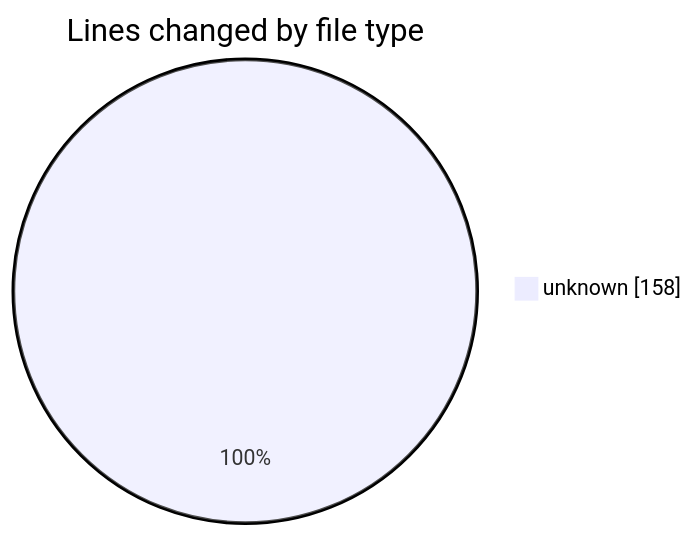
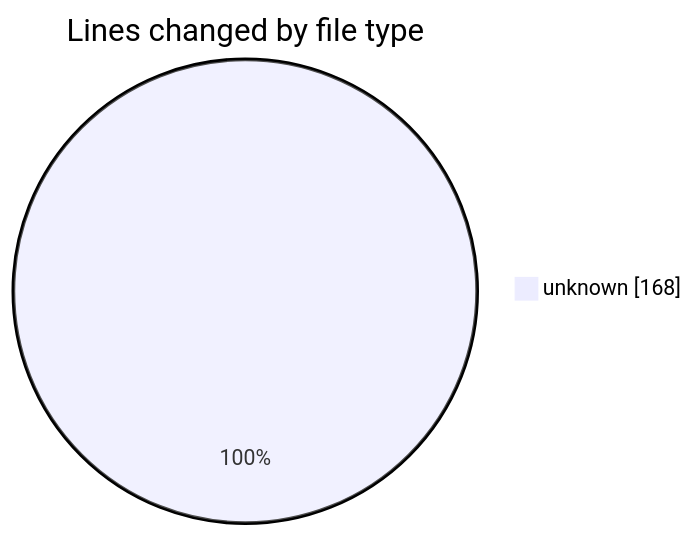
One commit to charlie-sans/code-tracking changed the first of 2 diagrams in 2025-02-24/micros/README.md. Above: the diagram before and after it, drawn with Mermaid. The commit also changed other lines of this file and 1 other file, not shown here.

````diff
--- a/2025-02-24/micros/README.md
+++ b/2025-02-24/micros/README.md
@@ -20,5 +20,5 @@
 ```mermaid
 pie showData
 title Lines changed by file type
-"unknown" : 158
+"unknown" : 168
 ```
````
